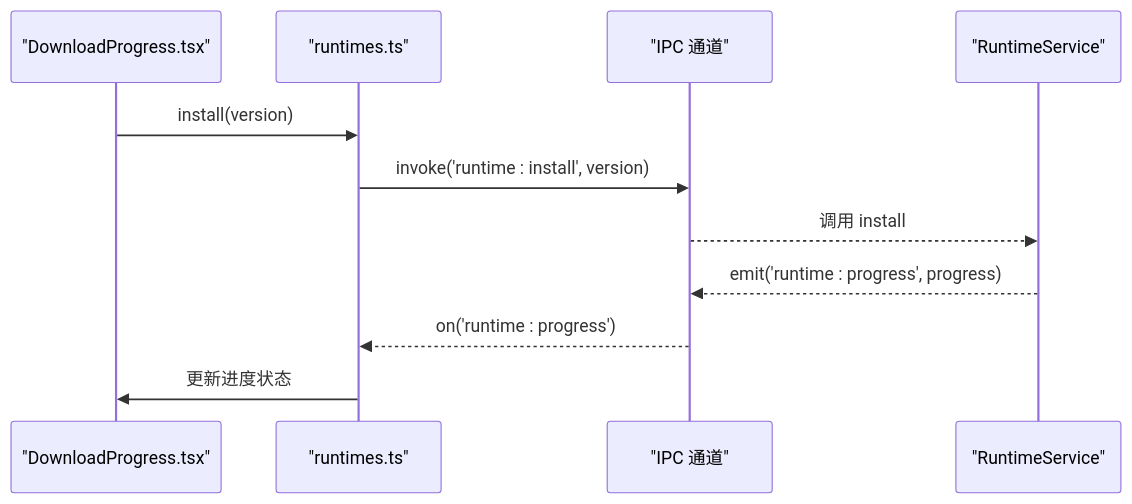
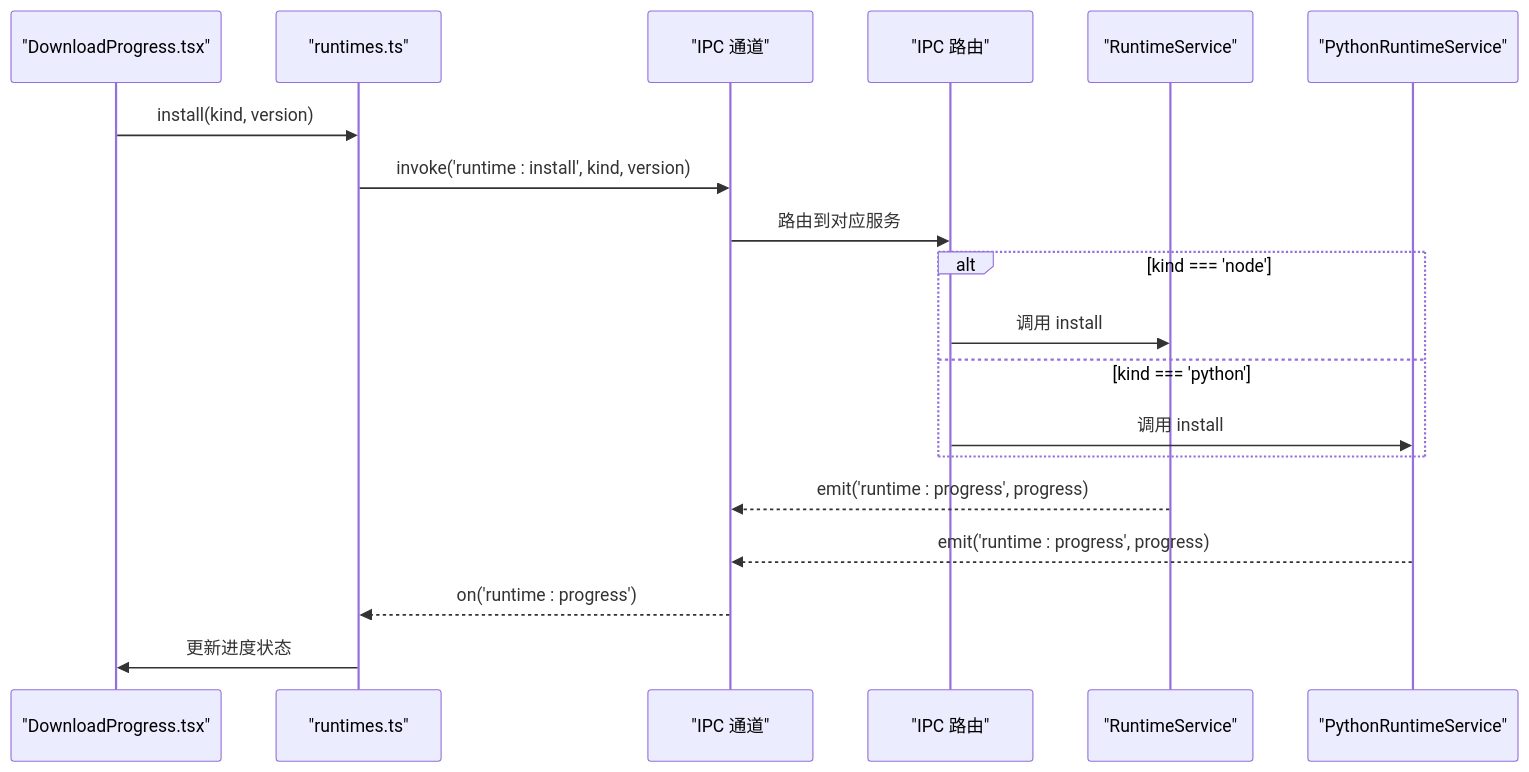
Diagram 12 of 13 in .qoder/repowiki/zh/content/核心服务层/Runtime 服务（运行时管理）.md (hozeeee/script-box), drawn with Mermaid before and after one commit. The commit also changed other lines of this file and 6 other files, not shown here.

First line of the commit message:
feat(runtime): 支持多运行时管理，新增 Python 运行时支持

````diff
--- a/.qoder/repowiki/zh/content/核心服务层/Runtime 服务（运行时管理）.md
+++ b/.qoder/repowiki/zh/content/核心服务层/Runtime 服务（运行时管理）.md
@@ -319,13 +462,21 @@
 ```mermaid
 sequenceDiagram
 participant UI as "DownloadProgress.tsx"
 participant Store as "runtimes.ts"
 participant IPC as "IPC 通道"
+participant Router as "IPC 路由"
 participant RS as "RuntimeService"
-UI->>Store : install(version)
-Store->>IPC : invoke('runtime : install', version)
-IPC-->>RS : 调用 install
+participant PS as "PythonRuntimeService"
+UI->>Store : install(kind, version)
+Store->>IPC : invoke('runtime : install', kind, version)
+IPC->>Router : 路由到对应服务
+alt kind === 'node'
+Router->>RS : 调用 install
+else kind === 'python'
+Router->>PS : 调用 install
+end
 RS-->>IPC : emit('runtime : progress', progress)
+PS-->>IPC : emit('runtime : progress', progress)
 IPC-->>Store : on('runtime : progress')
 Store->>UI : 更新进度状态
 ```
````
